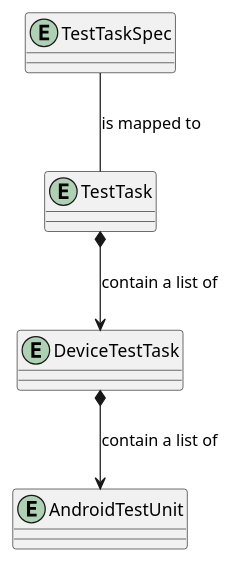
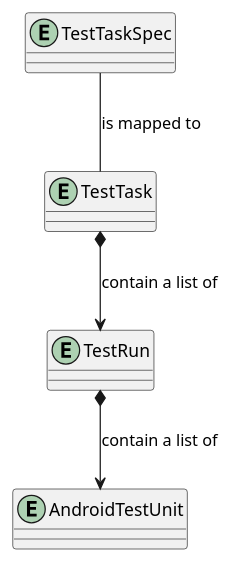
The fifth of 6 diagrams in agent/doc/UML/test_runner_design.puml (microsoft/HydraLab), drawn with PlantUML before and after one commit. The commit also changed other lines of this file and 5 other files, not shown here.

```diff
--- a/agent/doc/UML/test_runner_design.puml
+++ b/agent/doc/UML/test_runner_design.puml
@@ -131,12 +131,12 @@
 @startuml test_objects
 
 entity (TestTaskSpec)
 entity (TestTask)
-entity (DeviceTestTask)
+entity (TestRun)
 entity (AndroidTestUnit)
 
 
 TestTaskSpec -- TestTask: is mapped to
-TestTask *--> DeviceTestTask: contain a list of
-DeviceTestTask *--> AndroidTestUnit: contain a list of
+TestTask *--> TestRun: contain a list of
+TestRun *--> AndroidTestUnit: contain a list of
 @enduml
```
